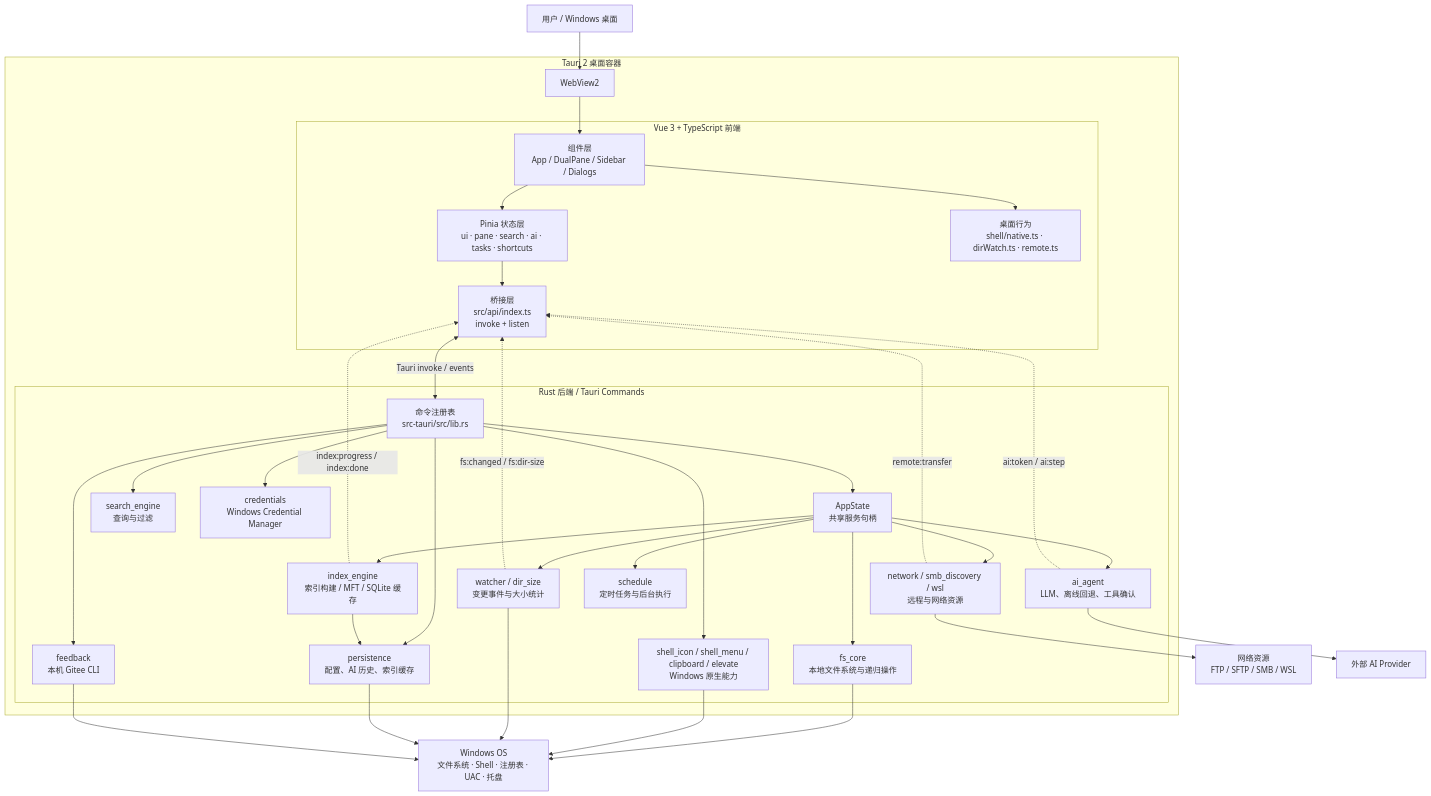
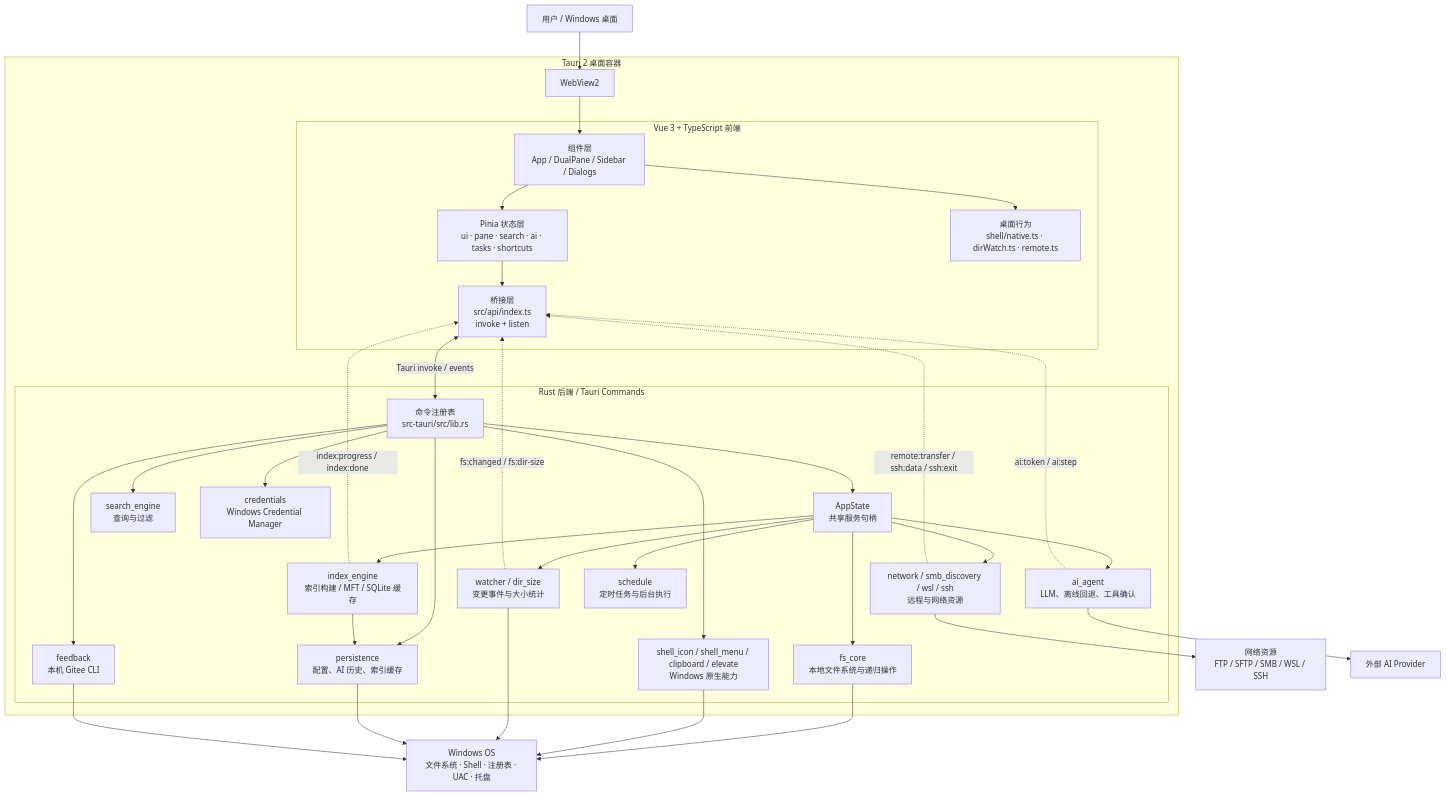
The second of 2 diagrams in docs/architecture.md (siatom/stelix), drawn with Mermaid before and after one commit. The commit also changed other lines of this file and 17 other files, not shown here.

First line of the commit message:
feat(remote): 新增 SSH 终端面板

````diff
--- a/docs/architecture.md
+++ b/docs/architecture.md
@@ -52,65 +52,65 @@
 ```mermaid
 flowchart TB
     USER[用户 / Windows 桌面]
     OS[Windows OS\n文件系统 · Shell · 注册表 · UAC · 托盘]
-    NET[网络资源\nFTP / SFTP / SMB / WSL]
+    NET[网络资源\nFTP / SFTP / SMB / WSL / SSH]
     LLM[外部 AI Provider]
 
     subgraph DESKTOP[Tauri 2 桌面容器]
         WEB[WebView2]
         subgraph FRONTEND[Vue 3 + TypeScript 前端]
             VIEW[组件层\nApp / DualPane / Sidebar / Dialogs]
             STORE[Pinia 状态层\nui · pane · search · ai · tasks · shortcuts]
             BRIDGE[桥接层\nsrc/api/index.ts\ninvoke + listen]
             SHELLJS[桌面行为\nshell/native.ts · dirWatch.ts · remote.ts]
         end
 
         subgraph BACKEND[Rust 后端 / Tauri Commands]
             CMD[命令注册表\nsrc-tauri/src/lib.rs]
             STATE[AppState\n共享服务句柄]
             FSC[fs_core\n本地文件系统与递归操作]
-            NETC[network / smb_discovery / wsl\n远程与网络资源]
+            NETC[network / smb_discovery / wsl / ssh\n远程与网络资源]
             INDEX[index_engine\n索引构建 / MFT / SQLite 缓存]
             SEARCHC[search_engine\n查询与过滤]
             WATCHER[watcher / dir_size\n变更事件与大小统计]
             AIS[ai_agent\nLLM、离线回退、工具确认]
             SCHED[schedule\n定时任务与后台执行]
             SYS[shell_icon / shell_menu / clipboard / elevate\nWindows 原生能力]
             PERSIST[persistence\n配置、AI 历史、索引缓存]
             CREDS[credentials\nWindows Credential Manager]
             FEED[feedback\n本机 Gitee CLI]
         end
     end
 
     USER --> WEB
     WEB --> VIEW
     VIEW --> STORE
     STORE --> BRIDGE
     VIEW --> SHELLJS
     BRIDGE <-->|Tauri invoke / events| CMD
     CMD --> STATE
     STATE --> FSC
     STATE --> NETC
     STATE --> INDEX
     STATE --> WATCHER
     STATE --> AIS
     STATE --> SCHED
     CMD --> SEARCHC
     CMD --> SYS
     CMD --> PERSIST
     CMD --> CREDS
     CMD --> FEED
 
     FSC --> OS
     SYS --> OS
     WATCHER --> OS
     PERSIST --> OS
     NETC --> NET
     AIS --> LLM
     FEED --> OS
     INDEX --> PERSIST
     WATCHER -. fs:changed / fs:dir-size .-> BRIDGE
     INDEX -. index:progress / index:done .-> BRIDGE
     AIS -. ai:token / ai:step .-> BRIDGE
-    NETC -. remote:transfer .-> BRIDGE
+    NETC -. remote:transfer / ssh:data / ssh:exit .-> BRIDGE
 ```
````
